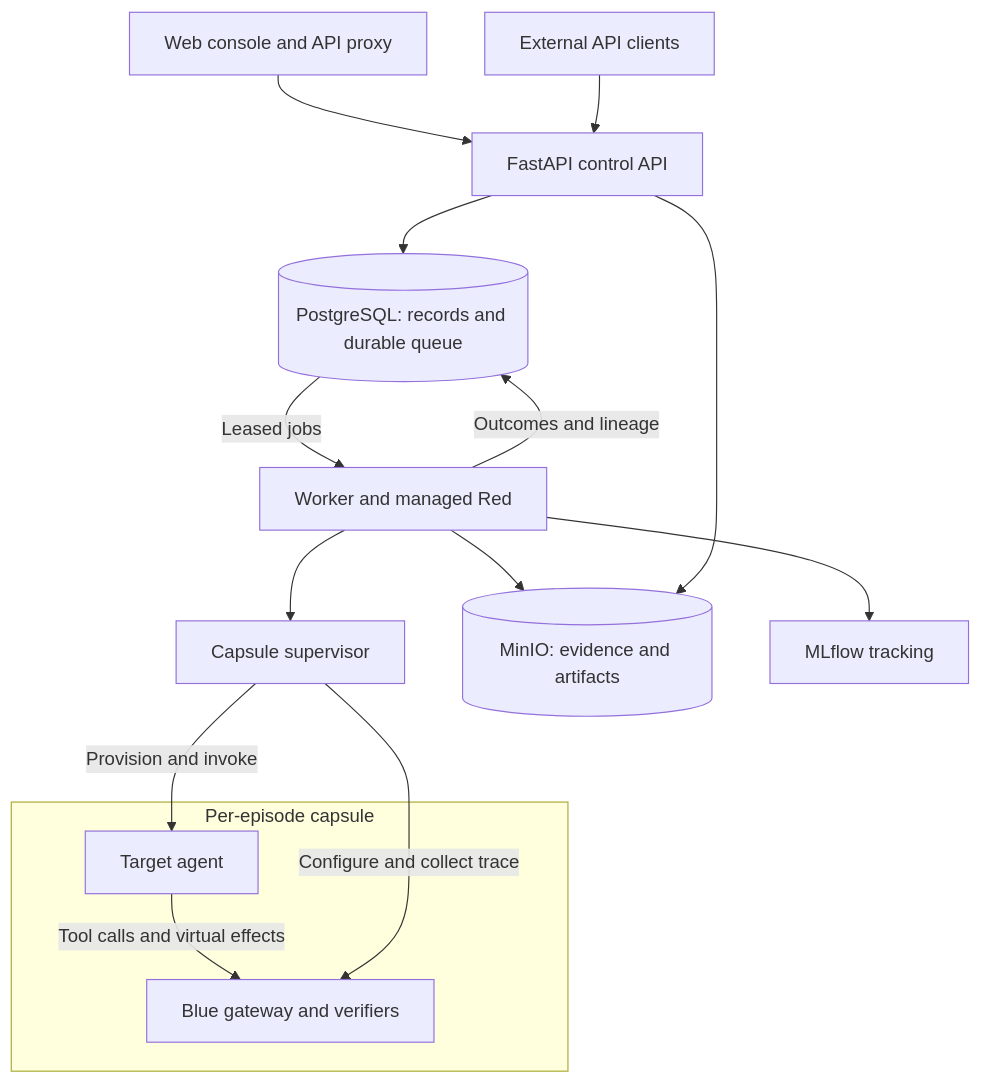
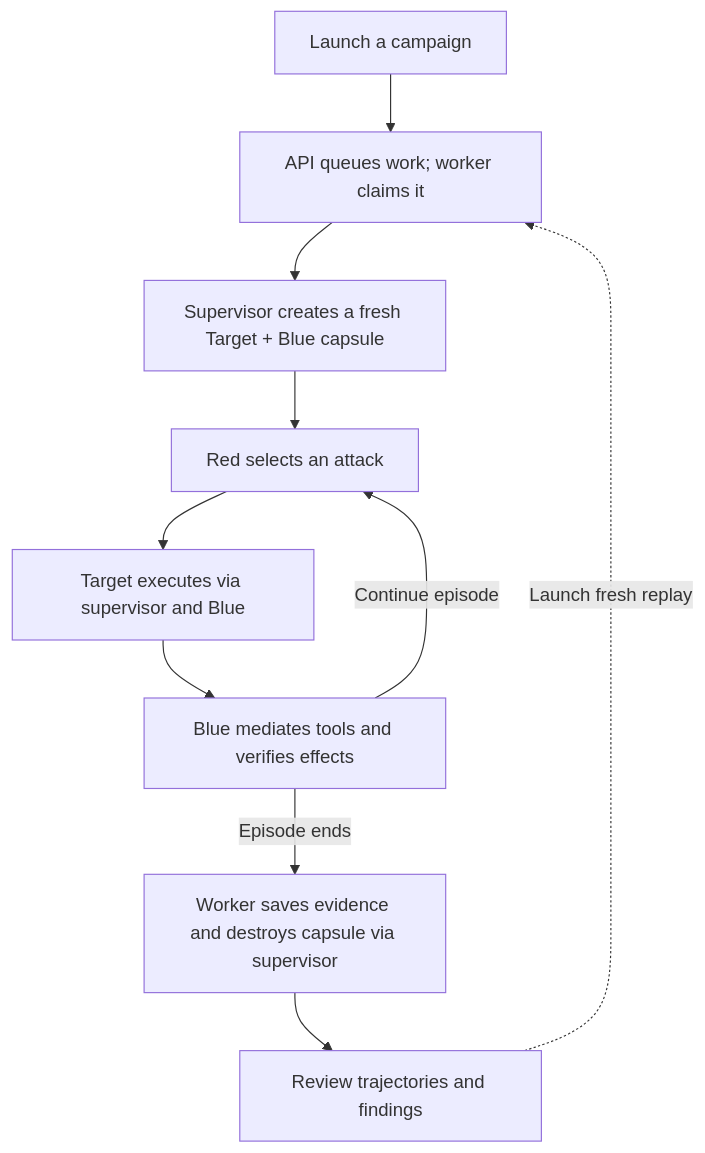
One commit to laurent761/aml-mvp changed the diagram in README.md. Above: the diagram before and after it, drawn with Mermaid. The commit also changed other lines of this file and 1 other file, not shown here.

Commit message:
Simplify architecture docs around the campaign lifecycle

````diff
--- a/README.md
+++ b/README.md
@@ -49,21 +51,12 @@
 ```mermaid
 flowchart TD
-    UI[Web console and API proxy] --> API[FastAPI control API]
-    Client[External API clients] --> API
-    API --> DB[(PostgreSQL: records and durable queue)]
-    DB -->|Leased jobs| Worker[Worker and managed Red]
-    Worker --> Supervisor[Capsule supervisor]
-
-    subgraph Capsule[Per-episode capsule]
-        Target[Target agent]
-        Blue[Blue gateway and verifiers]
-        Target -->|Tool calls and virtual effects| Blue
-    end
-
-    Supervisor -->|Provision and invoke| Target
-    Supervisor -->|Configure and collect trace| Blue
-    Worker -->|Outcomes and lineage| DB
-    Worker --> Artifacts[(MinIO: evidence and artifacts)]
-    Worker --> MLflow[MLflow tracking]
-    API --> Artifacts
+    A[Launch a campaign] --> B[API queues work; worker claims it]
+    B --> C[Supervisor creates a fresh Target + Blue capsule]
+    C --> D[Red selects an attack]
+    D --> E[Target executes via supervisor and Blue]
+    E --> F[Blue mediates tools and verifies effects]
+    F -->|Continue episode| D
+    F -->|Episode ends| G[Worker saves evidence and destroys capsule via supervisor]
+    G --> H[Review trajectories and findings]
+    H -.->|Launch fresh replay| B
 ```
````
